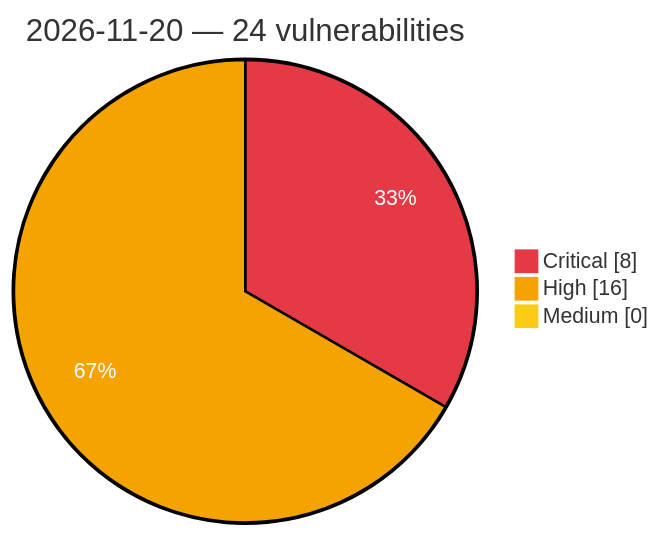
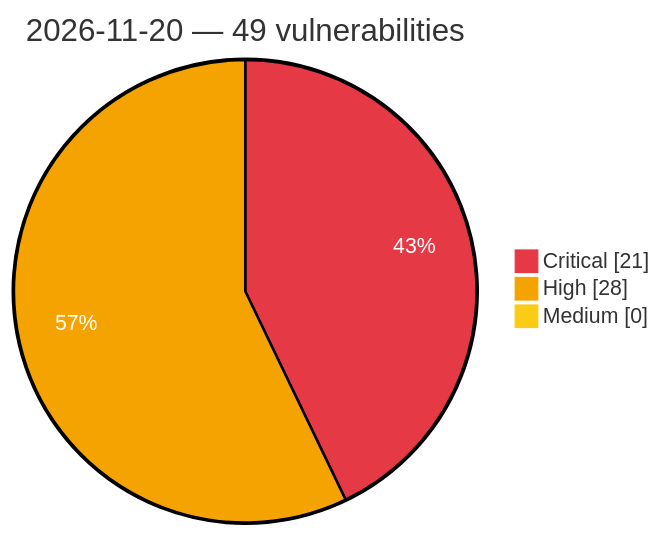
The diagram in vulnerabilities/2026/November/2026-11-20.md (GhostX0X/vuln-tracker), drawn with Mermaid before and after one commit. The commit also changed other lines of this file and 5 other files, not shown here.

Commit message:
Auto update: critical/high vulns (2026-11-20 18:50 UTC)

````diff
--- a/vulnerabilities/2026/November/2026-11-20.md
+++ b/vulnerabilities/2026/November/2026-11-20.md
@@ -3,8 +3,8 @@
 ```mermaid
 %%{init: {'theme':'base', 'themeVariables': {'pie1':'#e63946', 'pie2':'#f4a300', 'pie3':'#facc15', 'pieOpacity':'1', 'pieOuterStrokeWidth':'2px', 'pieSectionTextColor':'#ffffff'}}}%%
 pie showData
-    title 2026-11-20 — 24 vulnerabilities
-    "Critical" : 8
-    "High" : 16
+    title 2026-11-20 — 49 vulnerabilities
+    "Critical" : 21
+    "High" : 28
     "Medium" : 0
 ```
````
